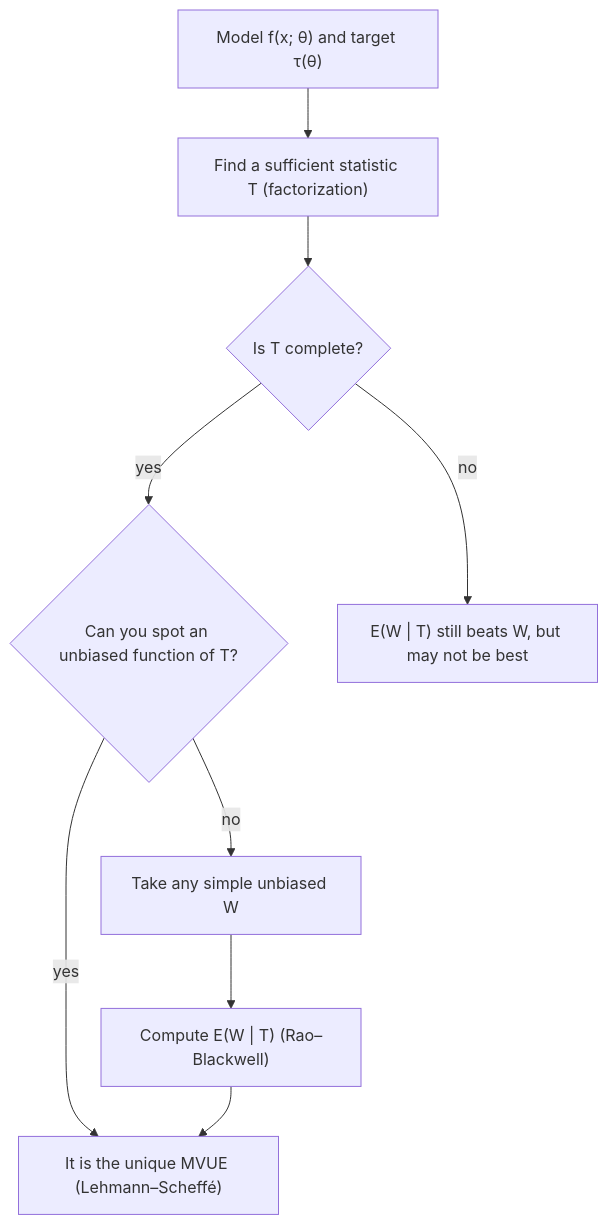
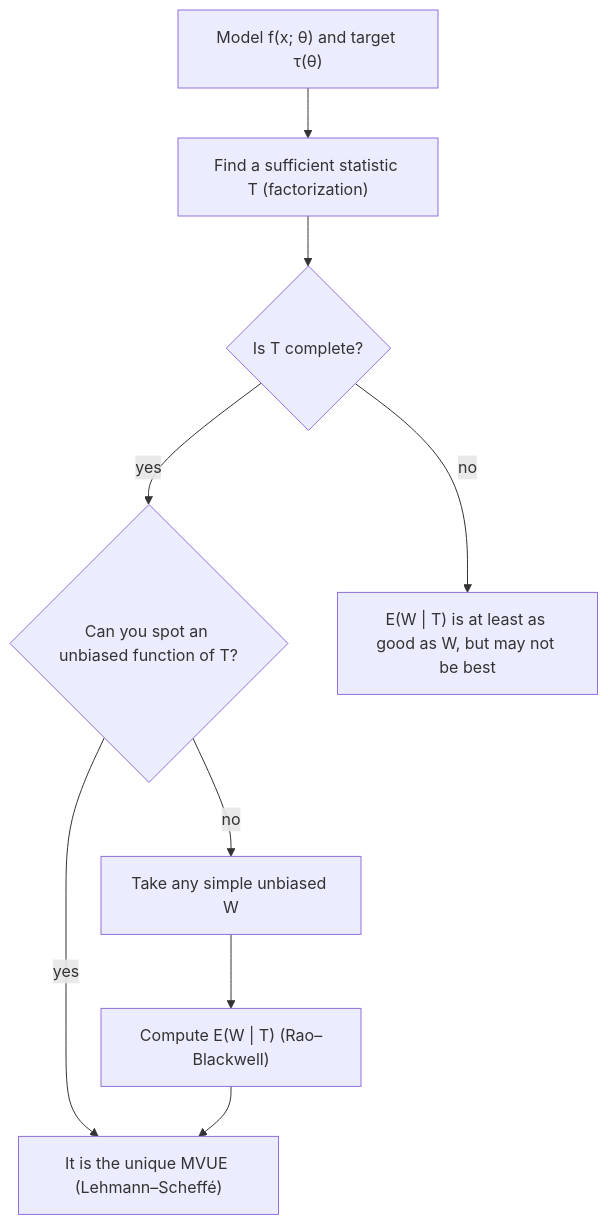
One commit to Aziliz/erudior changed the diagram in content/math/probstats/lessons/26-rao-blackwell-mvue.md. Above: the diagram before and after it, drawn with Mermaid. The commit also changed 1 other file, not shown here.

Commit message:
Review round 2: reviews in progress
Claude-Session: https://claude.ai/code/session_01Vha5gaRe2GdnFaiy9xNAq5

````diff
--- a/content/math/probstats/lessons/26-rao-blackwell-mvue.md
+++ b/content/math/probstats/lessons/26-rao-blackwell-mvue.md
@@ -111,13 +111,13 @@
 ```mermaid
 flowchart TD
   accTitle: A recipe for the minimum-variance unbiased estimator
-  accDescr: Start from the model and the target tau of theta. Find a sufficient statistic T with the factorization theorem. If T is complete, for example the sum of t of X i in an exponential family, either guess an unbiased function of T, or start from any simple unbiased estimator W and compute E of W given T by Rao–Blackwell; either way the result is the unique MVUE by Lehmann–Scheffé. If T is not complete, E of W given T still improves on W but need not be the best.
+  accDescr: Start from the model and the target tau of theta. Find a sufficient statistic T with the factorization theorem. If T is complete, for example the sum of t of X i in an exponential family, either guess an unbiased function of T, or start from any simple unbiased estimator W and compute E of W given T by Rao–Blackwell; either way the result is the unique MVUE by Lehmann–Scheffé. If T is not complete, E of W given T is still at least as good as W but need not be the best.
   A["Model f(x; θ) and target τ(θ)"] --> B["Find a sufficient statistic T (factorization)"]
   B --> C{"Is T complete?"}
   C -- "yes" --> D{"Can you spot an unbiased function of T?"}
   D -- "yes" --> E["It is the unique MVUE (Lehmann–Scheffé)"]
   D -- "no" --> F["Take any simple unbiased W"]
   F --> G["Compute E(W | T) (Rao–Blackwell)"]
   G --> E
-  C -- "no" --> H["E(W | T) still beats W, but may not be best"]
+  C -- "no" --> H["E(W | T) is at least as good as W, but may not be best"]
 ```
````
